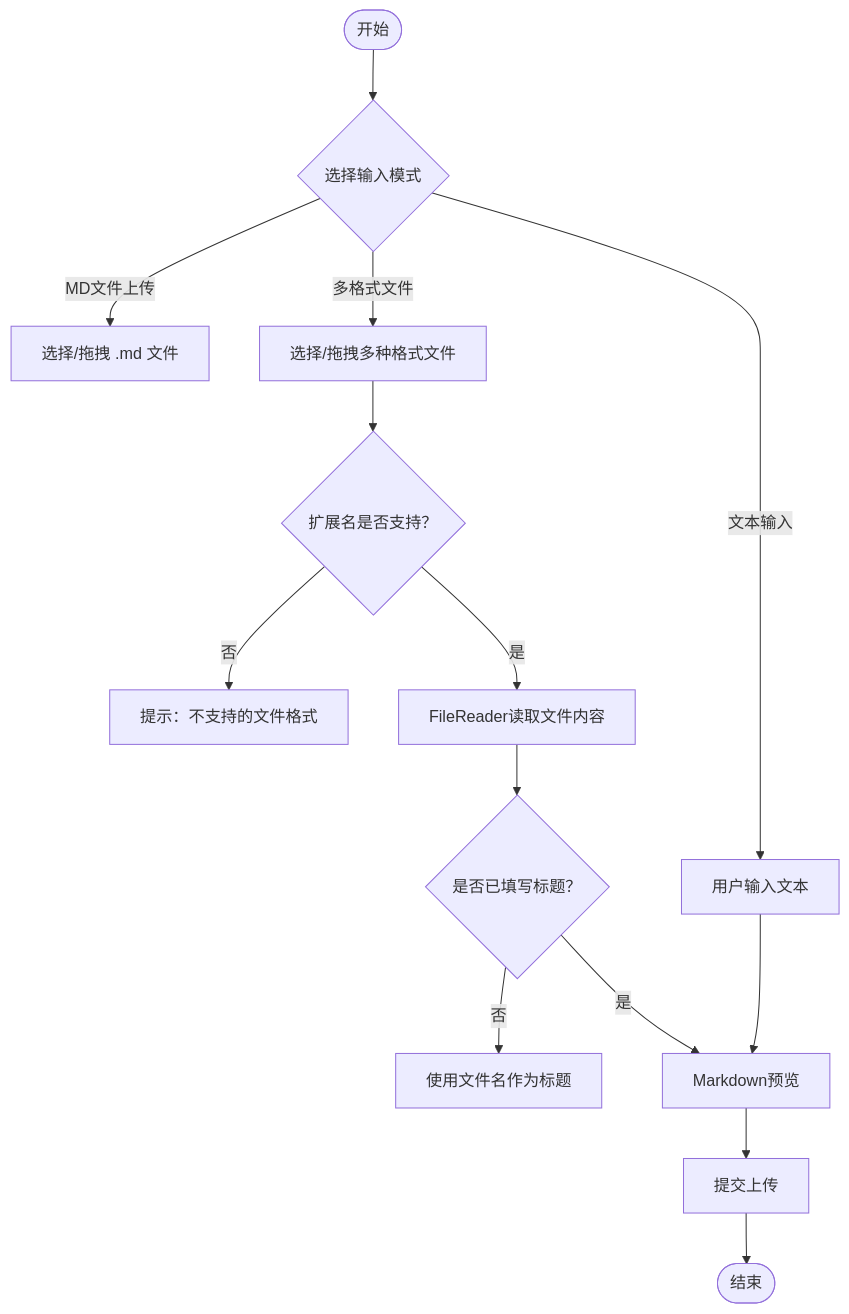
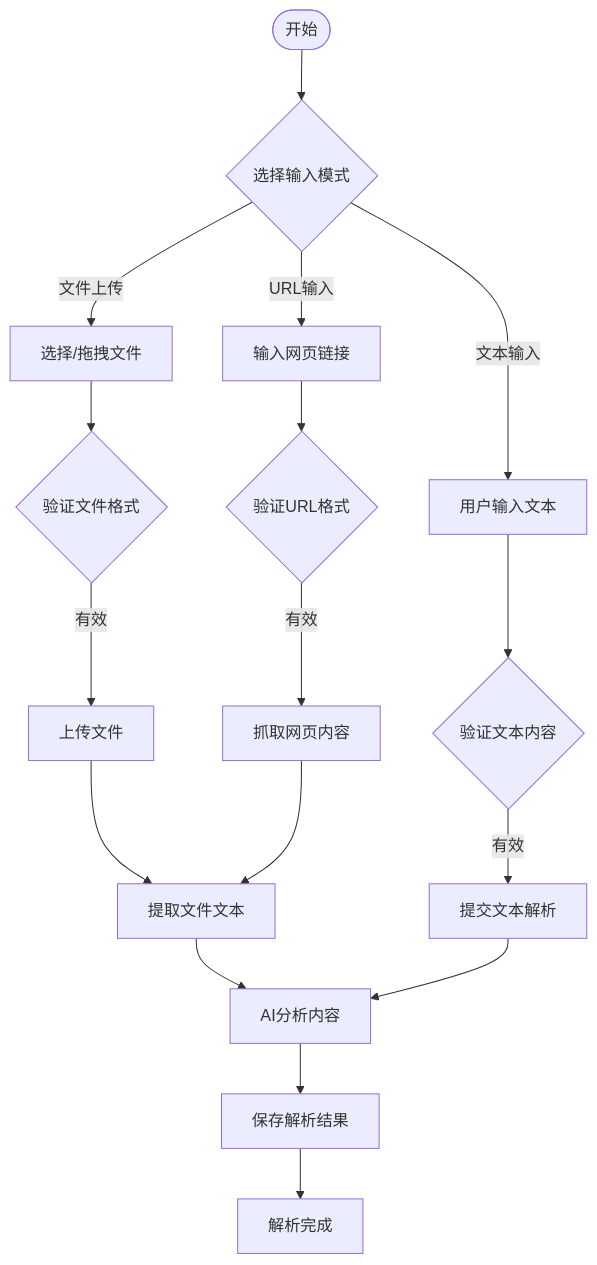
One commit to zhiwenli-jack/personal-learning-manager changed the seventh of 9 diagrams in .qoder/repowiki/zh/content/前端应用架构/视图组件/资料管理组件.md. Above: the diagram before and after it, drawn with Mermaid. The commit also changed other lines of this file and 12 other files, not shown here.

````diff
--- a/.qoder/repowiki/zh/content/前端应用架构/视图组件/资料管理组件.md
+++ b/.qoder/repowiki/zh/content/前端应用架构/视图组件/资料管理组件.md
@@ -322,16 +340,19 @@
 ```mermaid
 flowchart TD
 Start(["开始"]) --> Mode{"选择输入模式"}
 Mode --> |文本输入| TextMode["用户输入文本"]
-Mode --> |MD文件上传| FileMode["选择/拖拽 .md 文件"]
-Mode --> |多格式文件| MultiFormat["选择/拖拽多种格式文件"]
-MultiFormat --> ValidateExt{"扩展名是否支持？"}
-ValidateExt --> |否| Alert["提示：不支持的文件格式"]
-ValidateExt --> |是| ReadFile["FileReader读取文件内容"]
-ReadFile --> AutoTitle{"是否已填写标题？"}
-AutoTitle --> |否| FillTitle["使用文件名作为标题"]
-AutoTitle --> |是| Preview["Markdown预览"]
-TextMode --> Preview
-Preview --> Submit["提交上传"]
-Submit --> End(["结束"])
+Mode --> |文件上传| FileMode["选择/拖拽文件"]
+Mode --> |URL输入| UrlMode["输入网页链接"]
+TextMode --> ValidateText{"验证文本内容"}
+ValidateText --> |有效| SubmitText["提交文本解析"]
+FileMode --> ValidateFile{"验证文件格式"}
+ValidateFile --> |有效| UploadFile["上传文件"]
+UrlMode --> ValidateUrl{"验证URL格式"}
+ValidateUrl --> |有效| FetchUrl["抓取网页内容"]
+UploadFile --> ExtractText["提取文件文本"]
+FetchUrl --> ExtractText
+ExtractText --> AnalyzeContent["AI分析内容"]
+SubmitText --> AnalyzeContent
+AnalyzeContent --> SaveResult["保存解析结果"]
+SaveResult --> Success["解析完成"]
 ```
````
